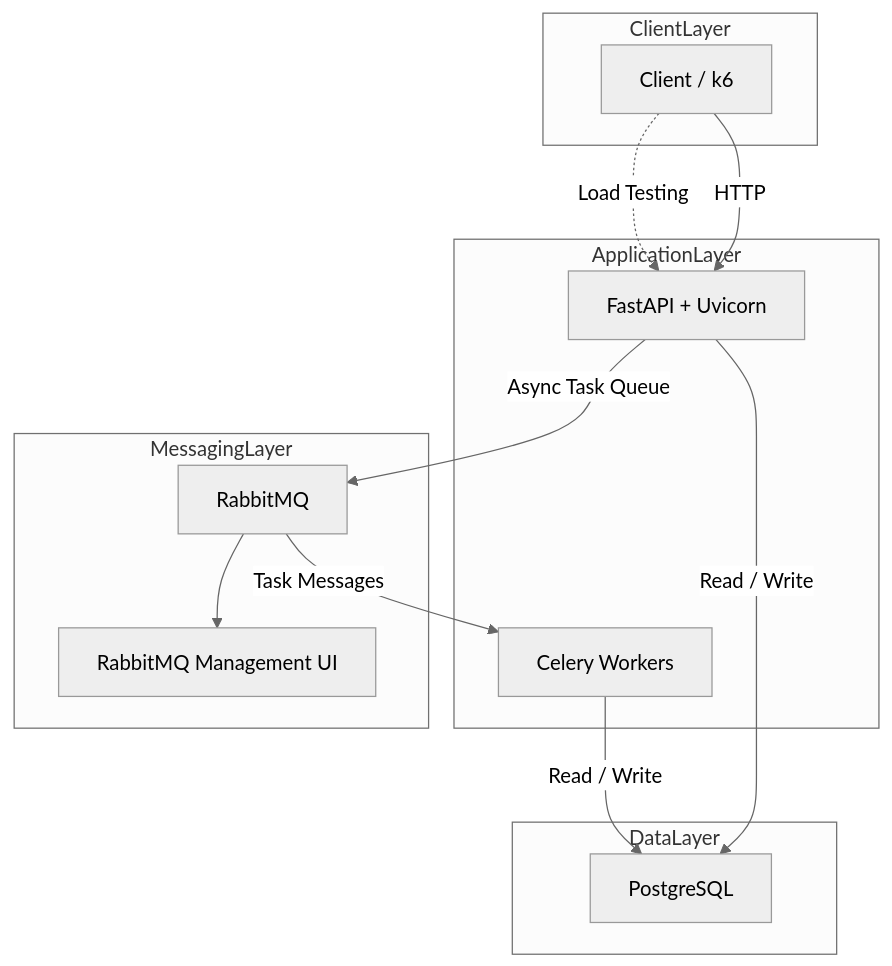
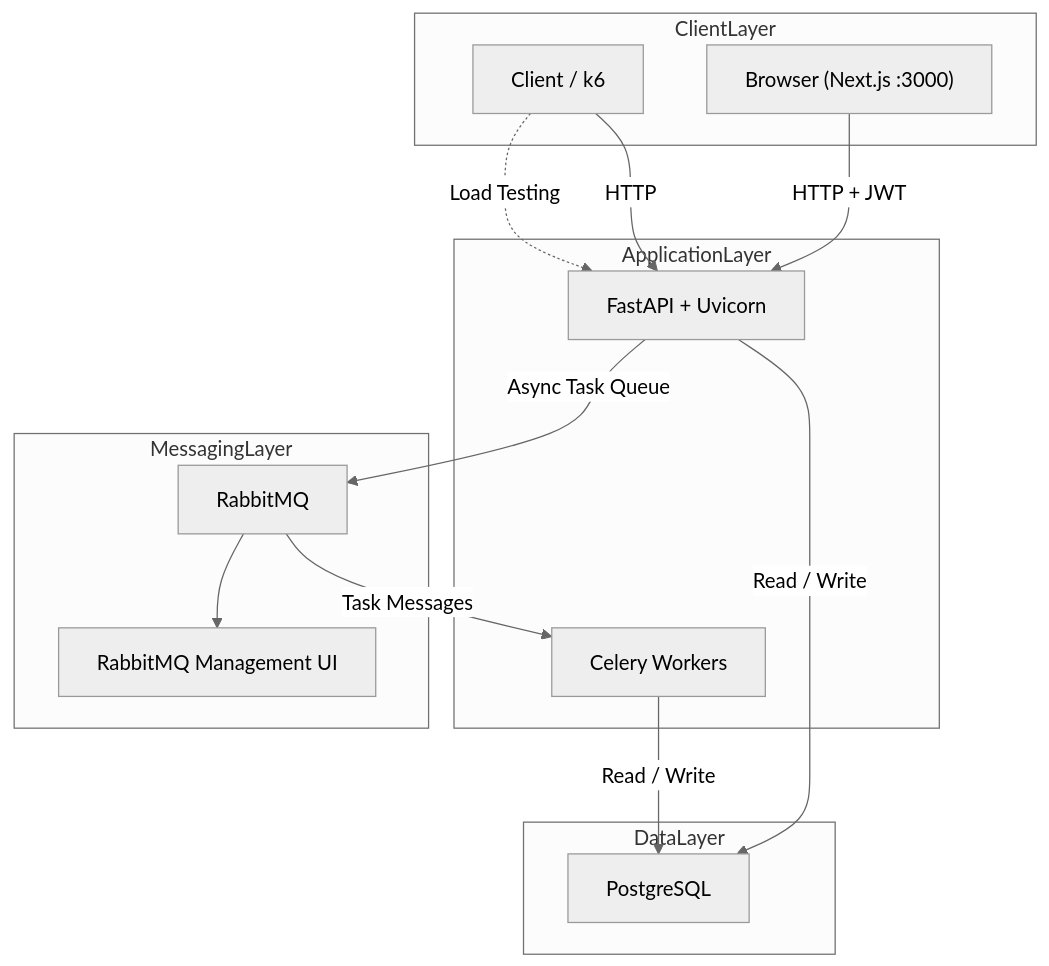
Before and after one commit to YogeshT22/cloud-task-manager-api: the diagram in README.md, drawn with Mermaid (neutral theme). The commit also changed other lines of this file and 20 other files, not shown here.

````diff
--- a/README.md
+++ b/README.md
@@ -160,35 +186,37 @@
 ```mermaid
 flowchart TD
 
     subgraph ClientLayer
         Client["Client / k6"]
+        Browser["Browser (Next.js :3000)"]
     end
 
     subgraph ApplicationLayer
         API["FastAPI + Uvicorn"]
         Worker["Celery Workers"]
     end
 
     subgraph MessagingLayer
         Broker["RabbitMQ"]
         MUI["RabbitMQ Management UI"]
     end
 
     subgraph DataLayer
         DB["PostgreSQL"]
     end
 
+    Browser -->|HTTP + JWT| API
     Client -->|HTTP| API
 
     API -->|Read / Write| DB
 
     API -->|Async Task Queue| Broker
 
     Broker -->|Task Messages| Worker
 
     Worker -->|Read / Write| DB
 
     Client -.->|Load Testing| API
 
     Broker --> MUI
 ```
````
